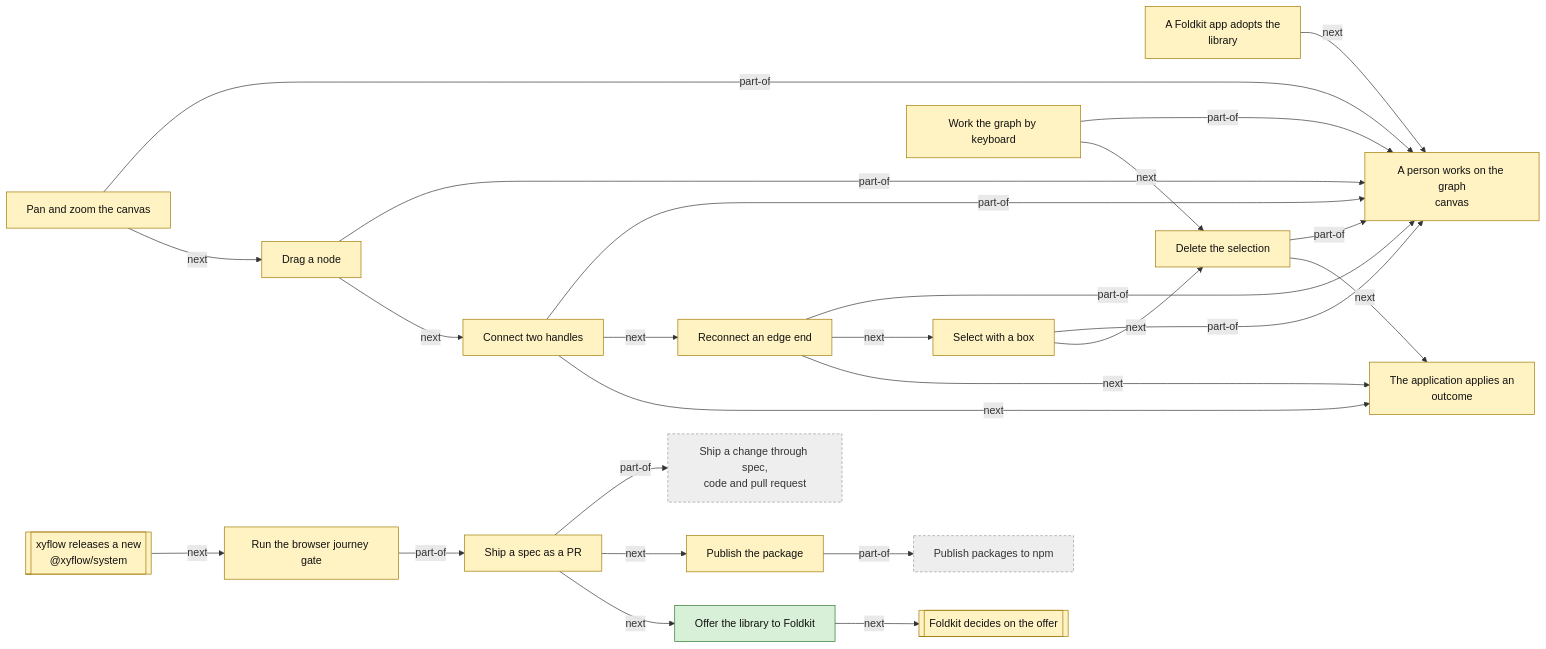
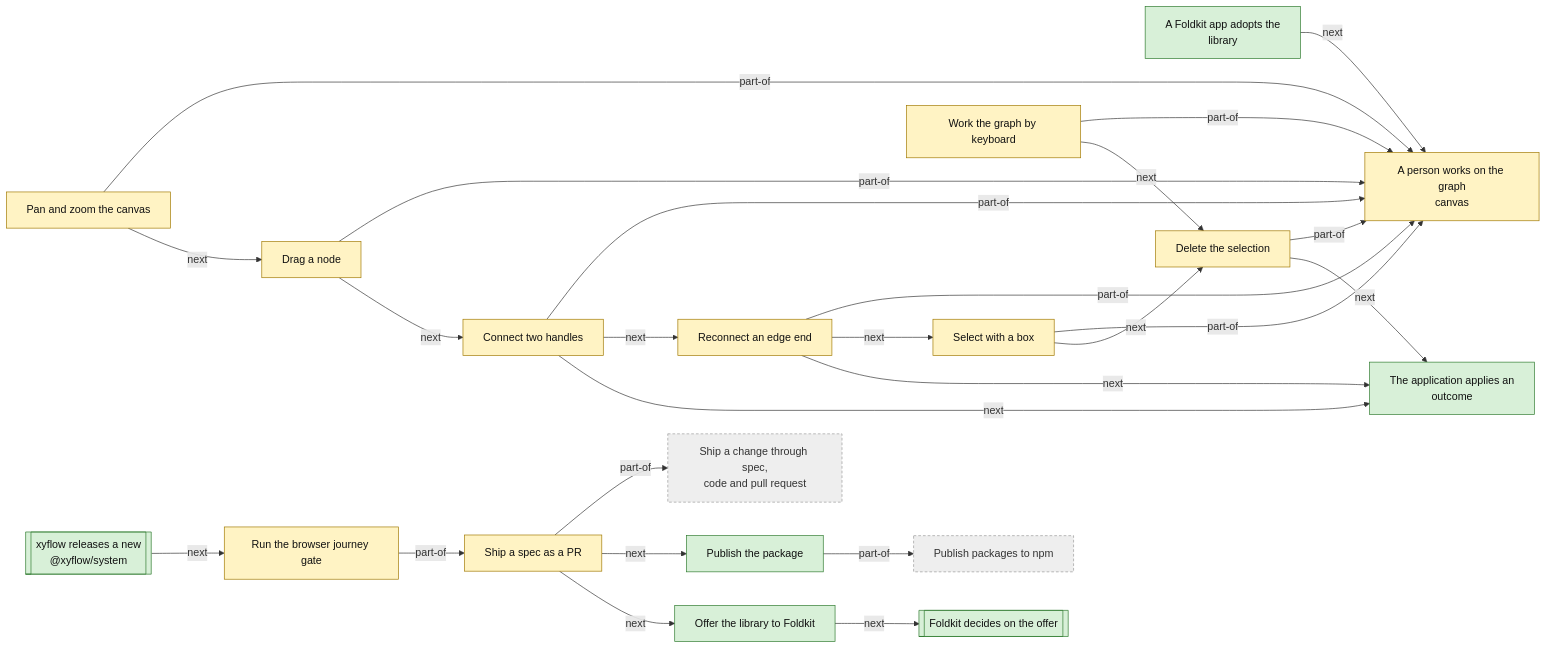
Before and after one commit to reebeat/.github: the second of 2 diagrams in docs/products/foldkit-flow.md, drawn with Mermaid. The commit also changed other lines of this file and 35 other files, not shown here.

````diff
--- a/docs/products/foldkit-flow.md
+++ b/docs/products/foldkit-flow.md
@@ -172,49 +176,49 @@
 ```mermaid
 flowchart LR
     classDef decided fill:#d8f0d8,stroke:#2d7a2d,color:#111
     classDef proposed fill:#fff3c4,stroke:#a07800,color:#111
     classDef open fill:#f8d7d7,stroke:#a02020,color:#111
     classDef outside fill:#eee,stroke:#999,color:#333,stroke-dasharray:4 3
-    process_flow_adopt_library["A Foldkit app adopts the<br/>library"]:::proposed
+    process_flow_adopt_library["A Foldkit app adopts the<br/>library"]:::decided
     process_flow_use_canvas["A person works on the graph<br/>canvas"]:::proposed
     process_flow_pan_zoom["Pan and zoom the canvas"]:::proposed
     process_flow_drag_node["Drag a node"]:::proposed
     process_flow_connect_handles["Connect two handles"]:::proposed
     process_flow_reconnect_edge["Reconnect an edge end"]:::proposed
     process_flow_box_select["Select with a box"]:::proposed
     process_flow_keyboard_navigate["Work the graph by keyboard"]:::proposed
     process_flow_delete_selection["Delete the selection"]:::proposed
-    process_flow_apply_outcome["The application applies an<br/>outcome"]:::proposed
+    process_flow_apply_outcome["The application applies an<br/>outcome"]:::decided
     process_flow_run_journey_gate["Run the browser journey gate"]:::proposed
     process_flow_ship_spec["Ship a spec as a PR"]:::proposed
-    process_flow_publish_package["Publish the package"]:::proposed
+    process_flow_publish_package["Publish the package"]:::decided
     process_flow_offer_upstream["Offer the library to Foldkit"]:::decided
-    extproc_flow_foldkit_decision[["Foldkit decides on the offer"]]:::proposed
-    extproc_flow_xyflow_release[["xyflow releases a new<br/>@xyflow/system"]]:::proposed
+    extproc_flow_foldkit_decision[["Foldkit decides on the offer"]]:::decided
+    extproc_flow_xyflow_release[["xyflow releases a new<br/>@xyflow/system"]]:::decided
     process_org_ship_change["Ship a change through spec,<br/>code and pull request"]:::outside
     process_org_publish_packages["Publish packages to npm"]:::outside
     process_flow_adopt_library -->|next| process_flow_use_canvas
     process_flow_pan_zoom -->|part-of| process_flow_use_canvas
     process_flow_pan_zoom -->|next| process_flow_drag_node
     process_flow_drag_node -->|part-of| process_flow_use_canvas
     process_flow_drag_node -->|next| process_flow_connect_handles
     process_flow_connect_handles -->|part-of| process_flow_use_canvas
     process_flow_connect_handles -->|next| process_flow_reconnect_edge
     process_flow_connect_handles -->|next| process_flow_apply_outcome
     process_flow_reconnect_edge -->|part-of| process_flow_use_canvas
     process_flow_reconnect_edge -->|next| process_flow_box_select
     process_flow_reconnect_edge -->|next| process_flow_apply_outcome
     process_flow_box_select -->|part-of| process_flow_use_canvas
     process_flow_box_select -->|next| process_flow_delete_selection
     process_flow_keyboard_navigate -->|part-of| process_flow_use_canvas
     process_flow_keyboard_navigate -->|next| process_flow_delete_selection
     process_flow_delete_selection -->|part-of| process_flow_use_canvas
     process_flow_delete_selection -->|next| process_flow_apply_outcome
     process_flow_run_journey_gate -->|part-of| process_flow_ship_spec
     process_flow_ship_spec -->|part-of| process_org_ship_change
     process_flow_ship_spec -->|next| process_flow_publish_package
     process_flow_ship_spec -->|next| process_flow_offer_upstream
     process_flow_publish_package -->|part-of| process_org_publish_packages
     process_flow_offer_upstream -->|next| extproc_flow_foldkit_decision
     extproc_flow_xyflow_release -->|next| process_flow_run_journey_gate
 ```
````
